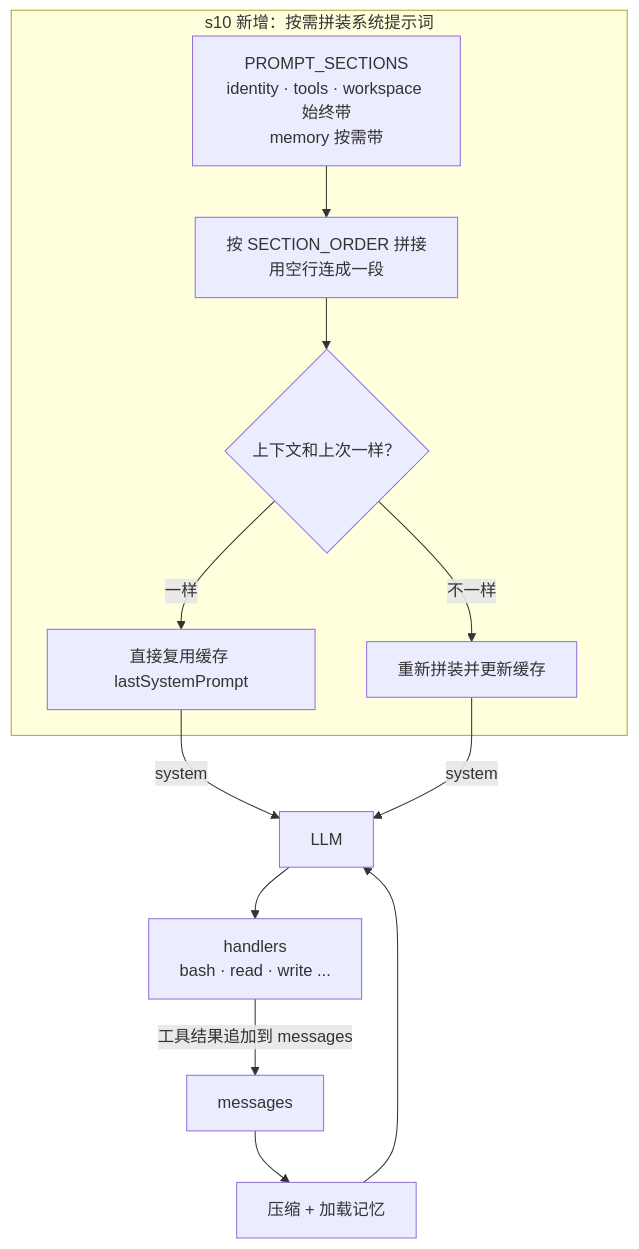
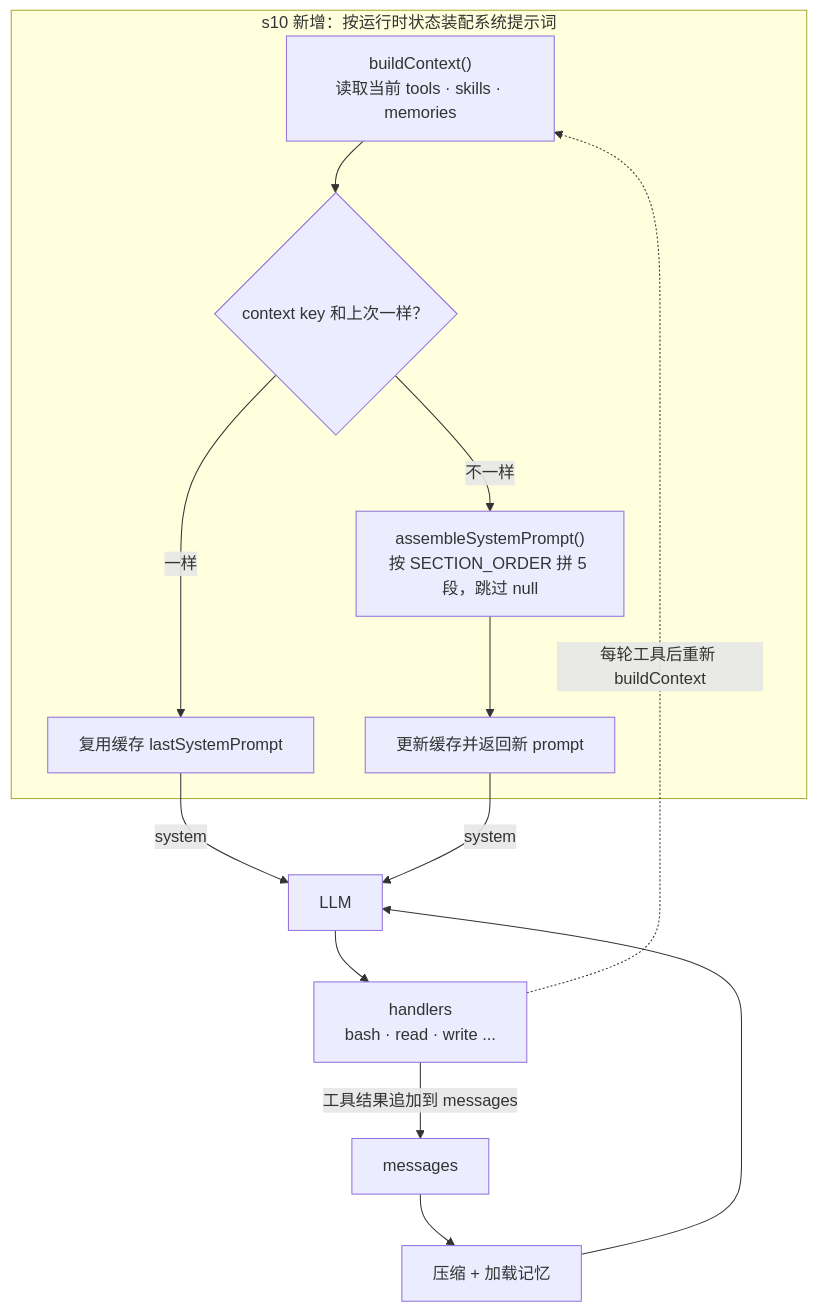
The diagram in code-agent-course/s10-system-prompt.md (shengxinjing/build-your-agent), drawn with Mermaid before and after one commit. The commit also changed other lines of this file and 13 other files, not shown here.

````diff
--- a/code-agent-course/s10-system-prompt.md
+++ b/code-agent-course/s10-system-prompt.md
@@ -23,15 +15,16 @@
 ```mermaid
 flowchart TD
-  subgraph NEW["s10 新增：按需拼装系统提示词"]
-    PS["PROMPT_SECTIONS<br/>identity · tools · workspace 始终带<br/>memory 按需带"] --> AS["按 SECTION_ORDER 拼接<br/>用空行连成一段"]
-    AS --> CA{"上下文和上次一样？"}
-    CA -->|一样| HIT["直接复用缓存 lastSystemPrompt"]
-    CA -->|不一样| NEWP["重新拼装并更新缓存"]
+  subgraph NEW["s10 新增：按运行时状态装配系统提示词"]
+    BC["buildContext()<br/>读取当前 tools · skills · memories"] --> CA{"context key 和上次一样？"}
+    CA -->|一样| HIT["复用缓存 lastSystemPrompt"]
+    CA -->|不一样| AS["assembleSystemPrompt()<br/>按 SECTION_ORDER 拼 5 段，跳过 null"]
+    AS --> NEWP["更新缓存并返回新 prompt"]
   end
   M["messages"] --> C["压缩 + 加载记忆"]
   C --> L["LLM"]
   HIT -->|system| L
   NEWP -->|system| L
   L --> H["handlers<br/>bash · read · write ..."]
   H -->|工具结果追加到 messages| M
+  H -.->|每轮工具后重新 buildContext| BC
 ```
````
